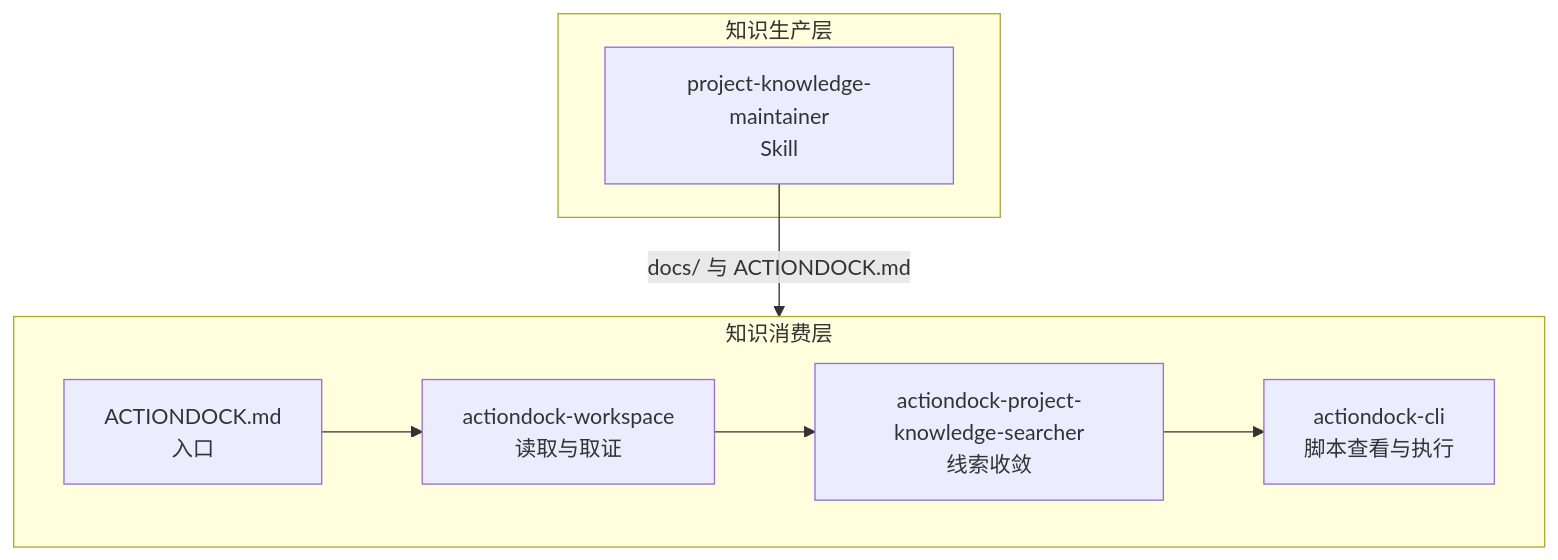
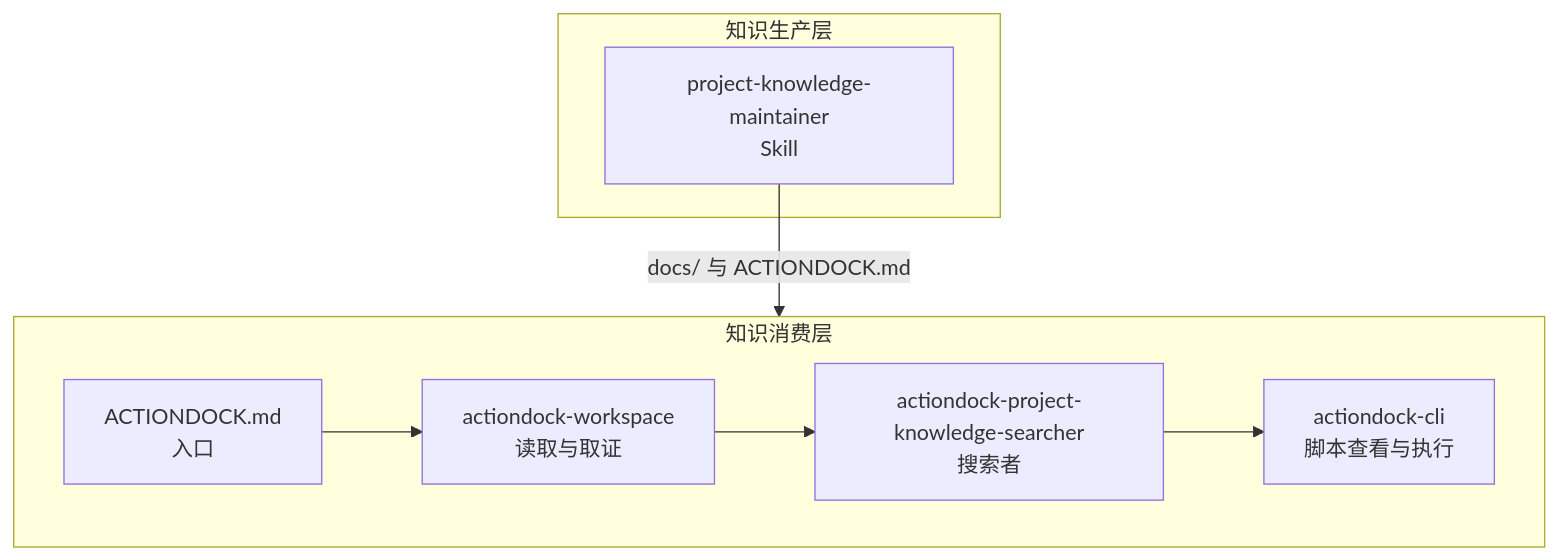
Before and after one commit to team4u/actiondock: the diagram in docs/project-knowledge.md, drawn with Mermaid. The commit also changed other lines of this file, not shown here.

````diff
--- a/docs/project-knowledge.md
+++ b/docs/project-knowledge.md
@@ -92,19 +106,19 @@
 ```mermaid
 flowchart TB
   subgraph Production[知识生产层]
     A[project-knowledge-maintainer<br/>Skill]
   end
 
   A -->|docs/ 与 ACTIONDOCK.md| Consumption[知识消费层]
 
   subgraph Consumption[知识消费层]
     B[ACTIONDOCK.md<br/>入口]
     C[actiondock-workspace<br/>读取与取证]
-    D[actiondock-project-knowledge-searcher<br/>线索收敛]
+    D[actiondock-project-knowledge-searcher<br/>搜索者]
     E[actiondock-cli<br/>脚本查看与执行]
   end
 
   B --> C
   C --> D
   D --> E
 ```
````
